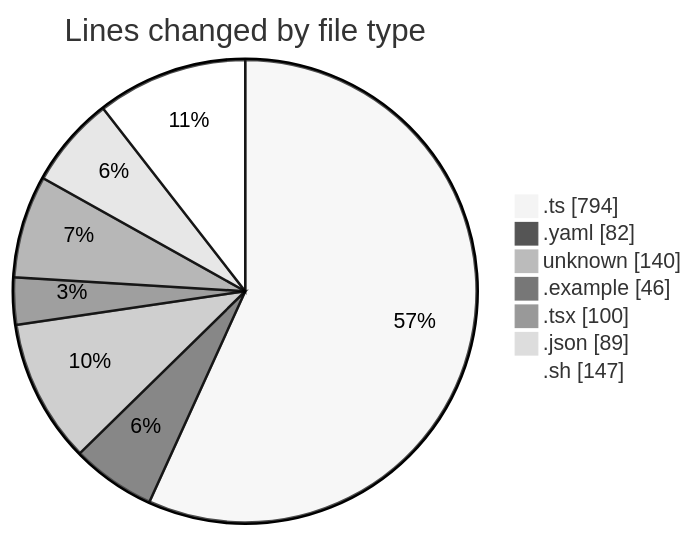
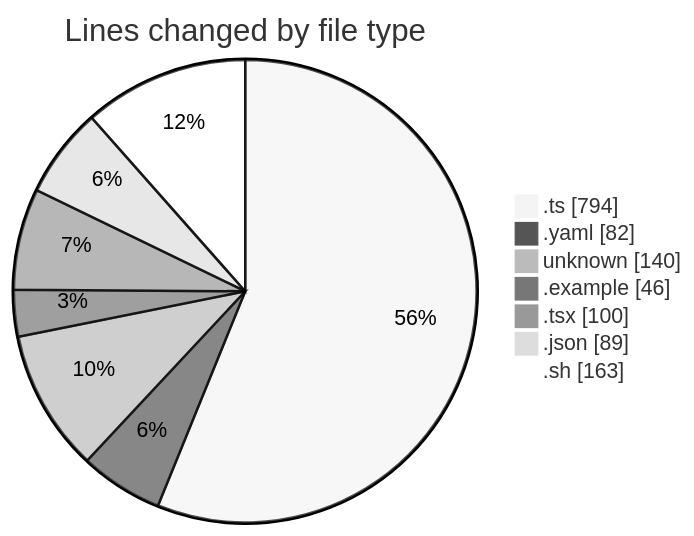
One commit to mevix1/code-tracking changed the first of 2 diagrams in 2025-10-01/open-health/README.md. Above: the diagram before and after it, drawn with Mermaid (neutral theme). The commit also changed other lines of this file and 1 other file, not shown here.

````diff
--- a/2025-10-01/open-health/README.md
+++ b/2025-10-01/open-health/README.md
@@ -36,11 +37,11 @@
 ```mermaid
 pie showData
 title Lines changed by file type
 ".ts" : 794
 ".yaml" : 82
 "unknown" : 140
 ".example" : 46
 ".tsx" : 100
 ".json" : 89
-".sh" : 147
+".sh" : 163
 ```
````
